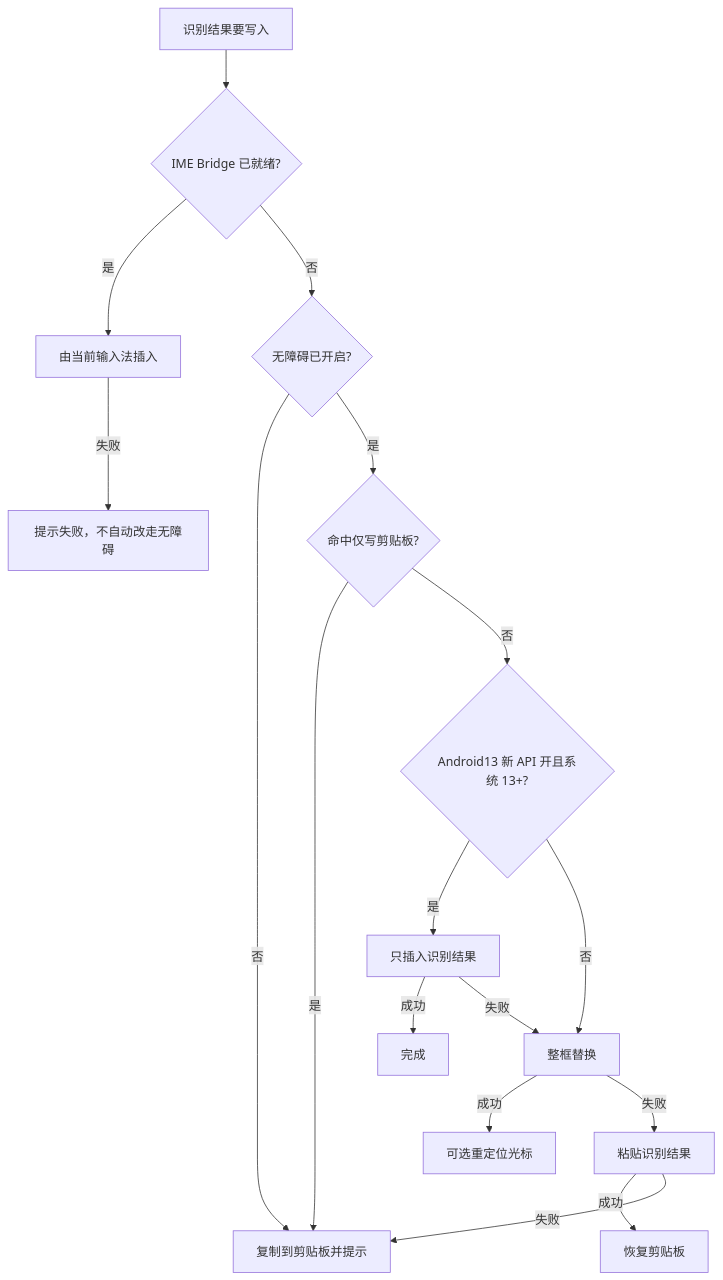
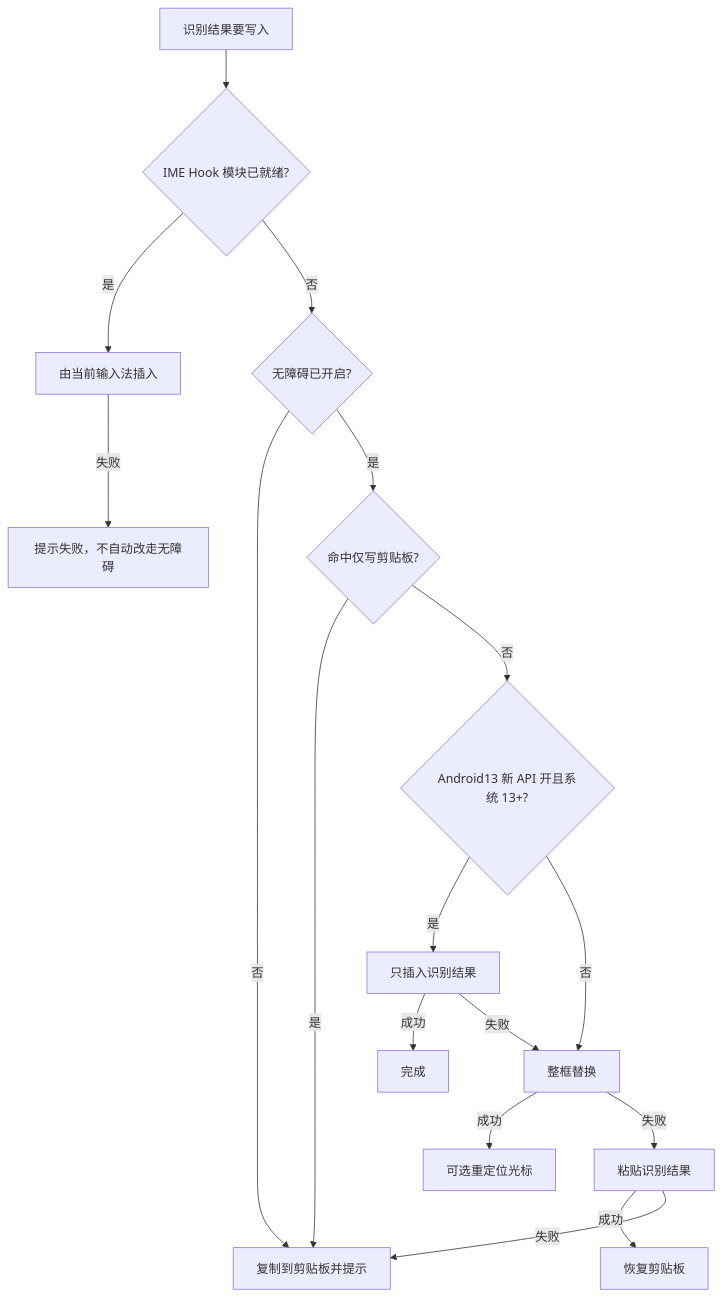
Before and after one commit to BryceWG/BiBi-Keyboard-Docs: the third of 3 diagrams in features/floating-ball.md, drawn with Mermaid. The commit also changed other lines of this file and 44 other files, not shown here.

````diff
--- a/features/floating-ball.md
+++ b/features/floating-ball.md
@@ -151,19 +123,19 @@
 ```mermaid
 flowchart TD
-  start[识别结果要写入] --> bridge{IME Bridge 已就绪?}
+  start[识别结果要写入] --> bridge{IME Hook 模块已就绪?}
   bridge -->|是| brOk[由当前输入法插入]
   brOk -->|失败| brInsertFail[提示失败，不自动改走无障碍]
   bridge -->|否| a11y{无障碍已开启?}
   a11y -->|否| clipToast[复制到剪贴板并提示]
   a11y -->|是| pasteOnly{命中仅写剪贴板?}
   pasteOnly -->|是| clipToast
   pasteOnly -->|否| newApi{Android13 新 API 开且系统 13+?}
   newApi -->|是| ime[只插入识别结果]
   ime -->|成功| doneNode[完成]
   ime -->|失败| setText
   newApi -->|否| setText[整框替换]
   setText -->|成功| cursor[可选重定位光标]
   setText -->|失败| paste[粘贴识别结果]
   paste -->|成功| restoreClip[恢复剪贴板]
   paste -->|失败| clipToast
 ```
````
